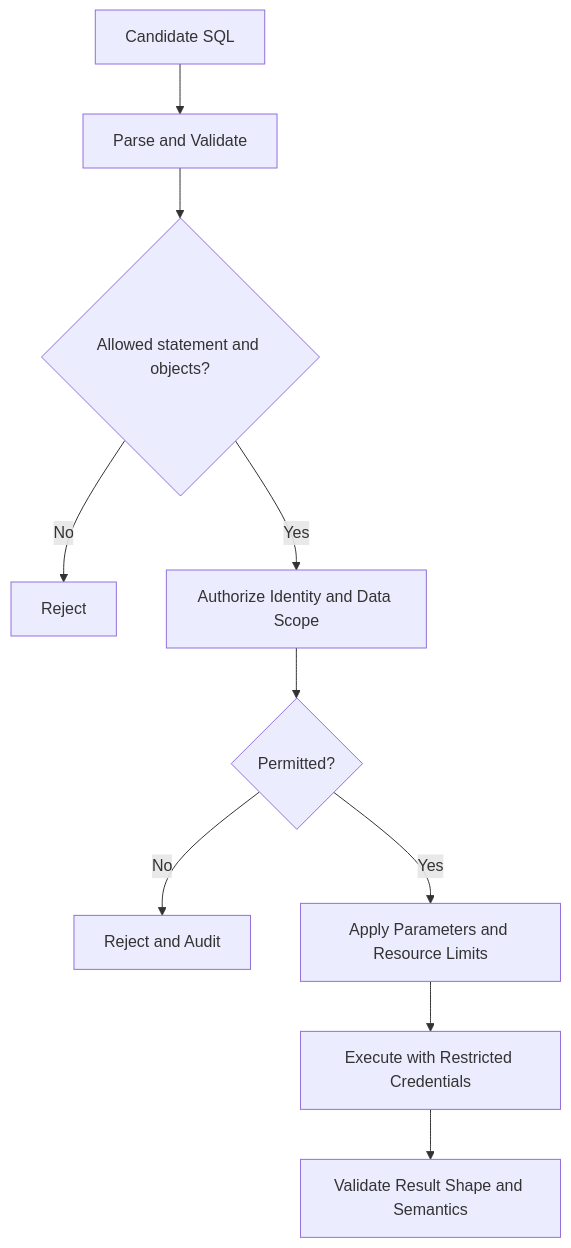
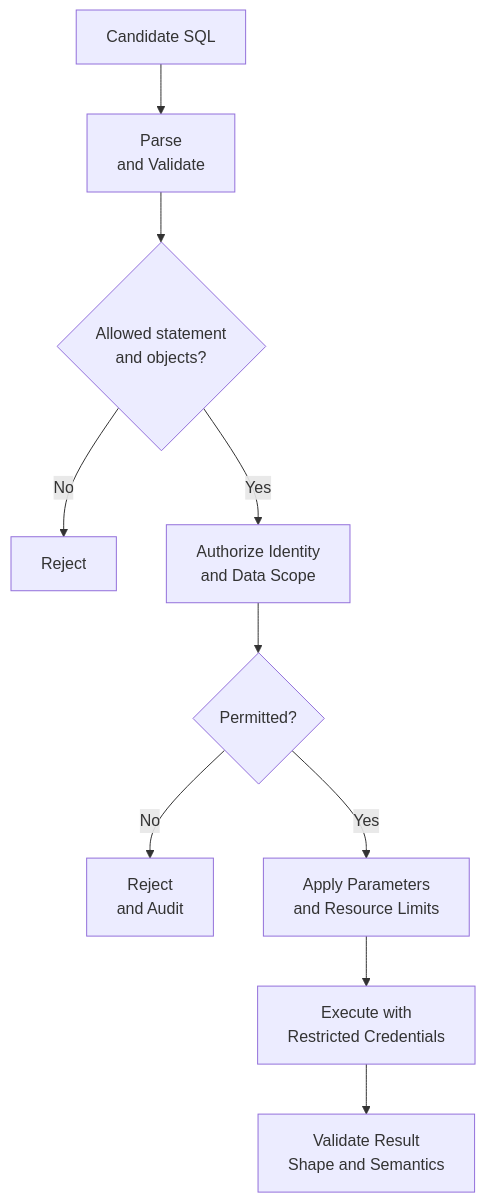
Before and after one commit to MihirKJha/enterprise-ai-blog: the third of 4 diagrams in docs/architecture-insights/genai-and-rag/4.2_architecting_sql_rag_structured_enterprise_knowledge.md, drawn with Mermaid. The commit also changed other lines of this file and 2 other files, not shown here.

````diff
--- a/docs/architecture-insights/genai-and-rag/4.2_architecting_sql_rag_structured_enterprise_knowledge.md
+++ b/docs/architecture-insights/genai-and-rag/4.2_architecting_sql_rag_structured_enterprise_knowledge.md
@@ -162,12 +162,12 @@
 ```mermaid
 flowchart TD
-    A[Candidate SQL] --> B[Parse and Validate]
-    B --> C{Allowed statement and objects?}
+    A[Candidate SQL] --> B[Parse<br/> and Validate]
+    B --> C{Allowed statement<br/> and objects?}
     C -->|No| D[Reject]
-    C -->|Yes| E[Authorize Identity and Data Scope]
+    C -->|Yes| E[Authorize Identity <br/>and Data Scope]
     E --> F{Permitted?}
-    F -->|No| G[Reject and Audit]
-    F -->|Yes| H[Apply Parameters and Resource Limits]
-    H --> I[Execute with Restricted Credentials]
-    I --> J[Validate Result Shape and Semantics]
+    F -->|No| G[Reject <br/>and Audit]
+    F -->|Yes| H[Apply Parameters <br/>and Resource Limits]
+    H --> I[Execute with <br/>Restricted Credentials]
+    I --> J[Validate Result <br/>Shape and Semantics]
 ```
````
